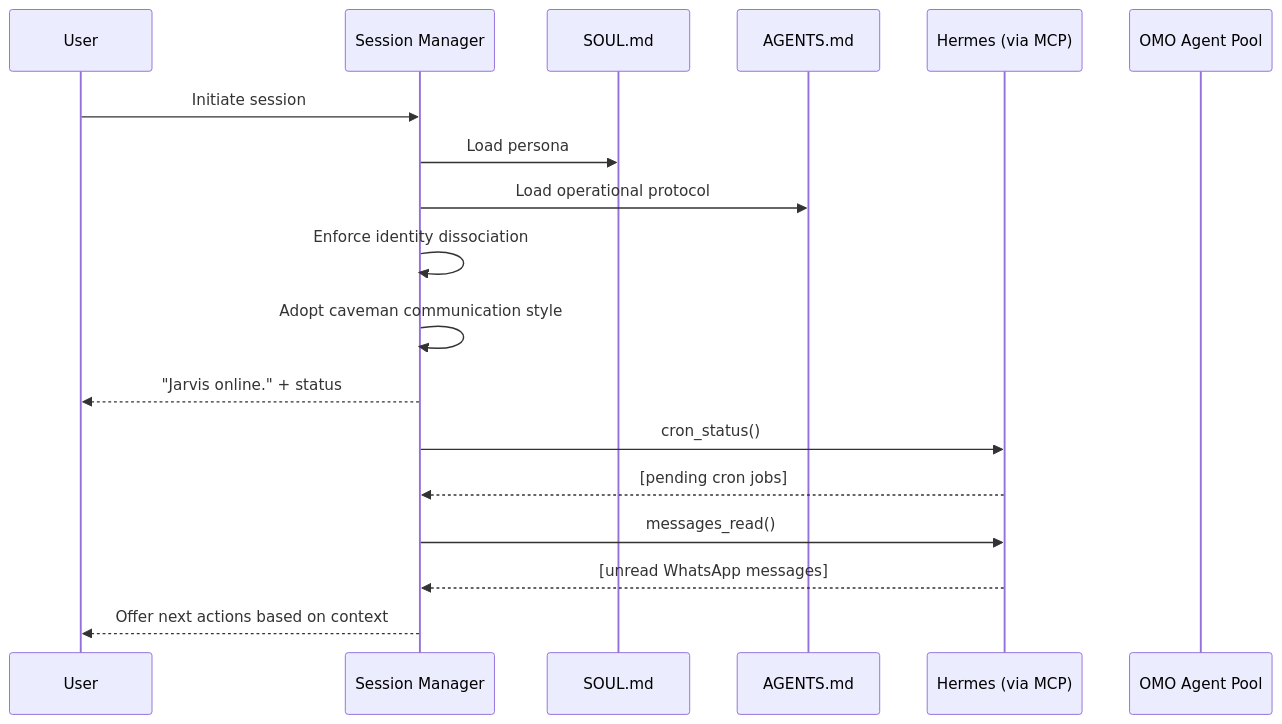
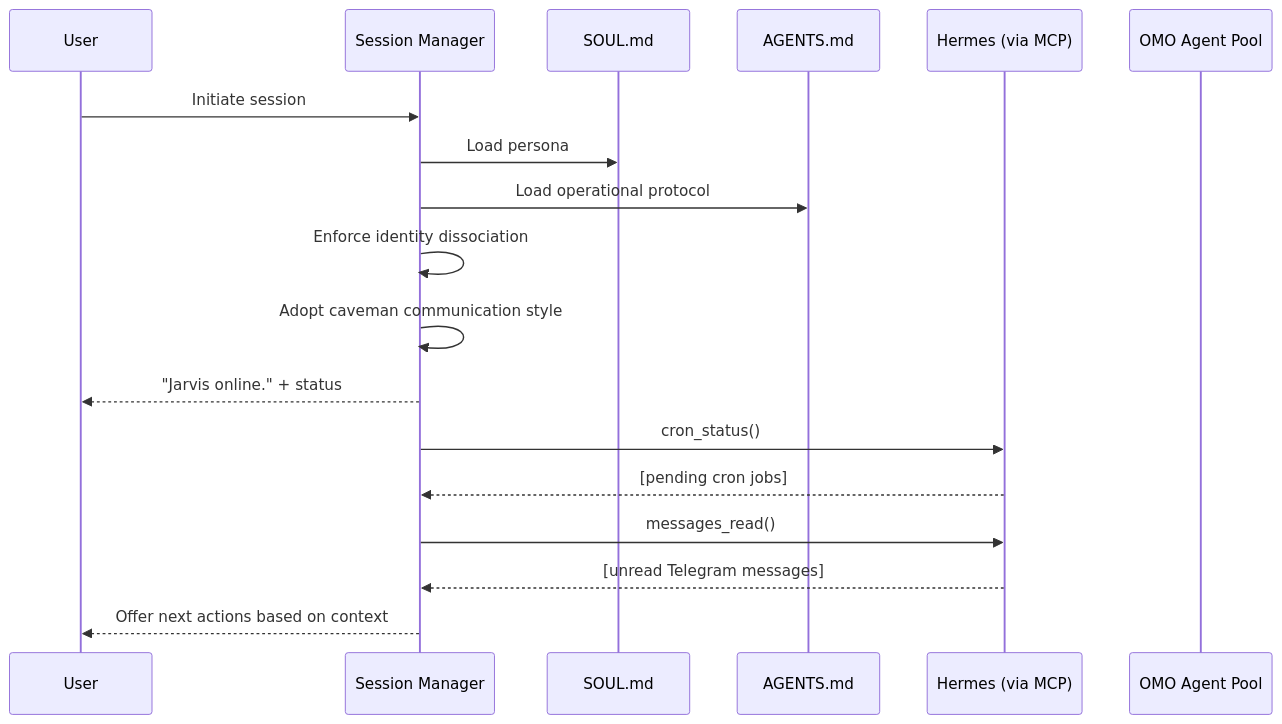
The third of 6 diagrams in specs/ARCHITECTURE.md (gajendravaradhan/persistent-agentic-reasoning-automation-mesh), drawn with Mermaid before and after one commit. The commit also changed other lines of this file and 3 other files, not shown here.

````diff
--- a/specs/ARCHITECTURE.md
+++ b/specs/ARCHITECTURE.md
@@ -173,24 +173,24 @@
 ```mermaid
 sequenceDiagram
     participant USER as User
     participant SESSION as Session Manager
     participant SOUL as SOUL.md
     participant AGENTS as AGENTS.md
     participant HERMES as Hermes (via MCP)
     participant OMO as OMO Agent Pool
 
     USER->>SESSION: Initiate session
     SESSION->>SOUL: Load persona
     SESSION->>AGENTS: Load operational protocol
     SESSION->>SESSION: Enforce identity dissociation
     SESSION->>SESSION: Adopt caveman communication style
     SESSION-->>USER: "Jarvis online." + status
 
     SESSION->>HERMES: cron_status()
     HERMES-->>SESSION: [pending cron jobs]
 
     SESSION->>HERMES: messages_read()
-    HERMES-->>SESSION: [unread WhatsApp messages]
+    HERMES-->>SESSION: [unread Telegram messages]
 
     SESSION-->>USER: Offer next actions based on context
 ```
````
